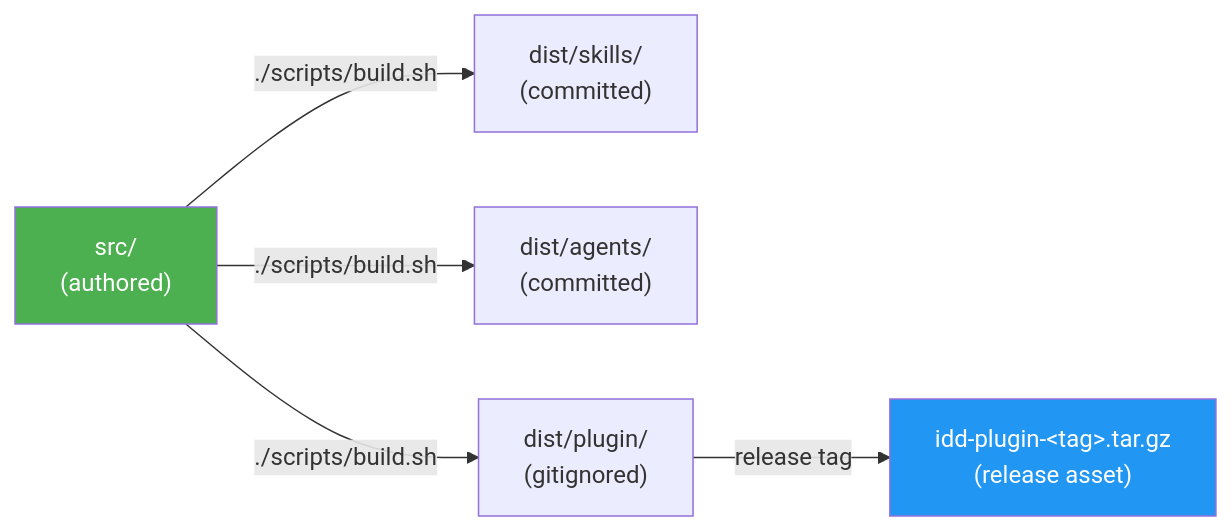
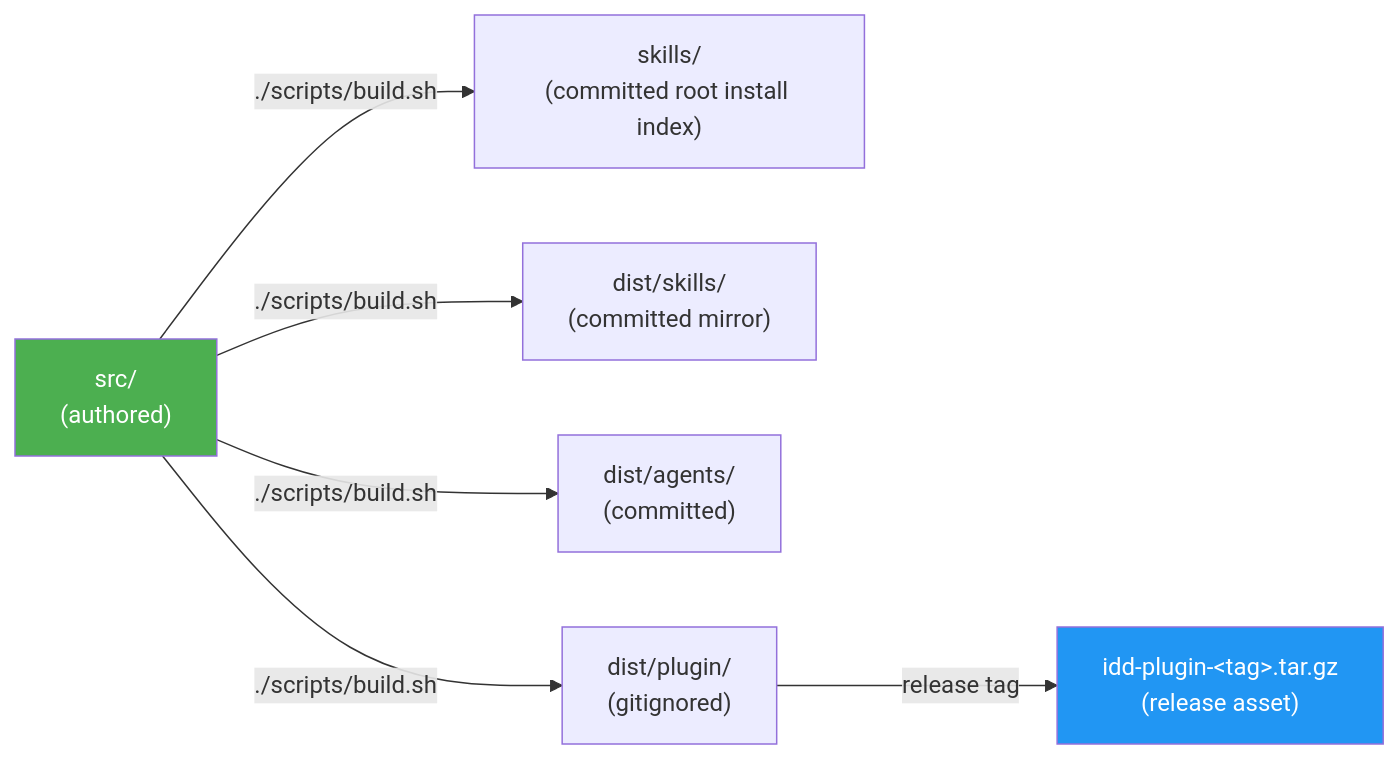
The first of 3 diagrams in docs/DEVELOPMENT.md (luongnv89/idd), drawn with Mermaid before and after one commit. The commit also changed other lines of this file and 86 other files, not shown here.

Commit message:
refactor(skills): add flat install surface (#104) (#105)

````diff
--- a/docs/DEVELOPMENT.md
+++ b/docs/DEVELOPMENT.md
@@ -51,10 +51,11 @@
 ```mermaid
 graph LR
-    SRC["src/<br/>(authored)"] -->|"./scripts/build.sh"| DSK["dist/skills/<br/>(committed)"]
+    SRC["src/<br/>(authored)"] -->|"./scripts/build.sh"| RSK["skills/<br/>(committed root install index)"]
+    SRC -->|"./scripts/build.sh"| DSK["dist/skills/<br/>(committed mirror)"]
     SRC -->|"./scripts/build.sh"| DAG["dist/agents/<br/>(committed)"]
     SRC -->|"./scripts/build.sh"| DPL["dist/plugin/<br/>(gitignored)"]
     DPL -->|"release tag"| TAR["idd-plugin-&lt;tag&gt;.tar.gz<br/>(release asset)"]
 
     style SRC fill:#4CAF50,color:#fff
     style TAR fill:#2196F3,color:#fff
 ```
````
